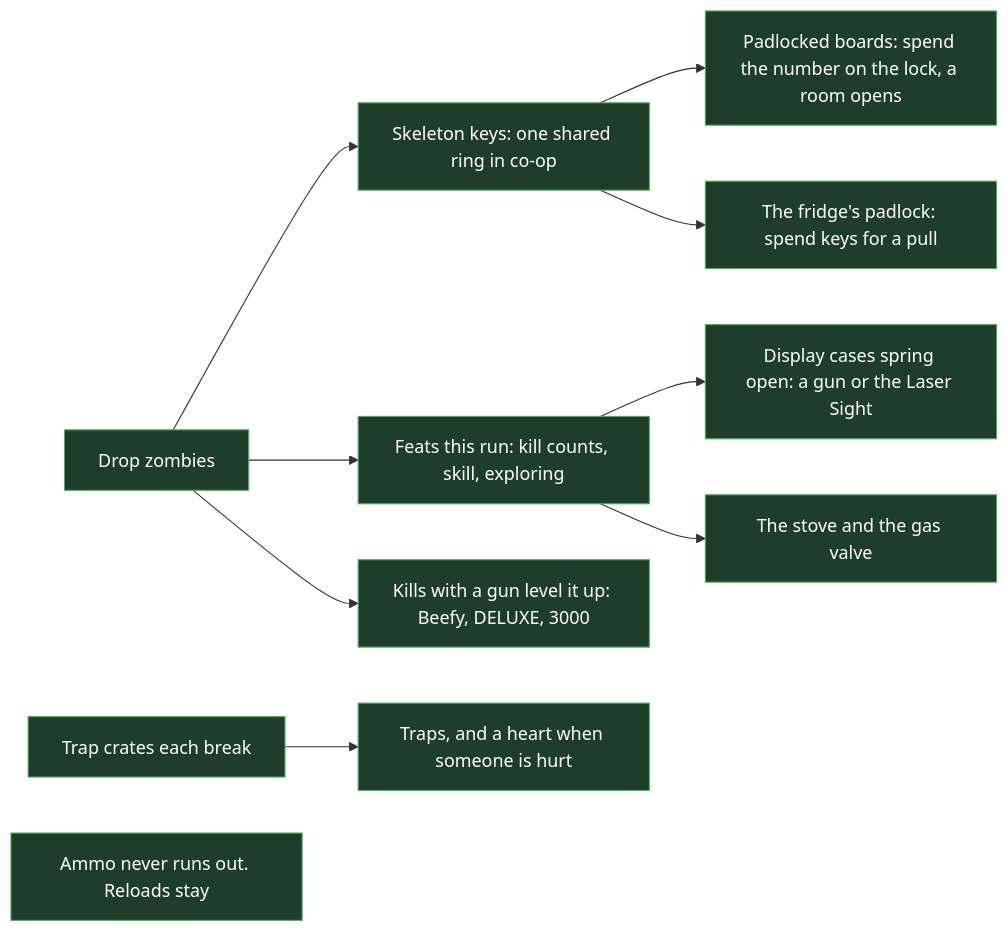
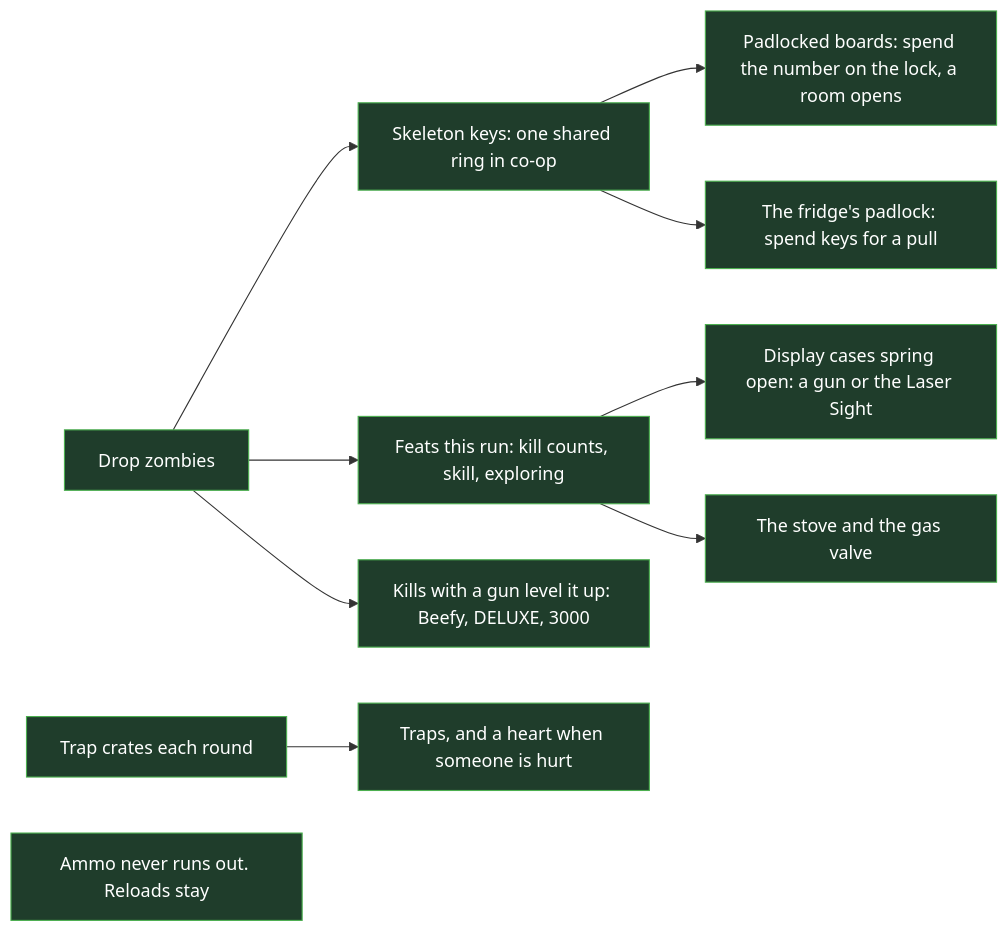
Before and after one commit to Tanner-Scadden/munch-manor: the fifth of 7 diagrams in FLOW.md, drawn with Mermaid. The commit also changed 15 other files, not shown here.

````diff
--- a/FLOW.md
+++ b/FLOW.md
@@ -163,14 +163,14 @@
 ```mermaid
 flowchart LR
   kill[Drop zombies]:::built --> keys[Skeleton keys: one shared ring in co-op]:::built
   keys --> boards[Padlocked boards: spend the number on the lock, a room opens]:::built
   keys --> fridge[The fridge's padlock: spend keys for a pull]:::built
   kill --> feats[Feats this run: kill counts, skill, exploring]:::built
   feats --> cases[Display cases spring open: a gun or the Laser Sight]:::built
   feats --> stove[The stove and the gas valve]:::built
   kill --> use[Kills with a gun level it up: Beefy, DELUXE, 3000]:::built
-  crates[Trap crates each break]:::built --> found[Traps, and a heart when someone is hurt]:::built
+  crates[Trap crates each round]:::built --> found[Traps, and a heart when someone is hurt]:::built
   ammo2[Ammo never runs out. Reloads stay]:::built
 
   classDef built fill:#1f3d2b,stroke:#4caf50,color:#fff
 ```
````
